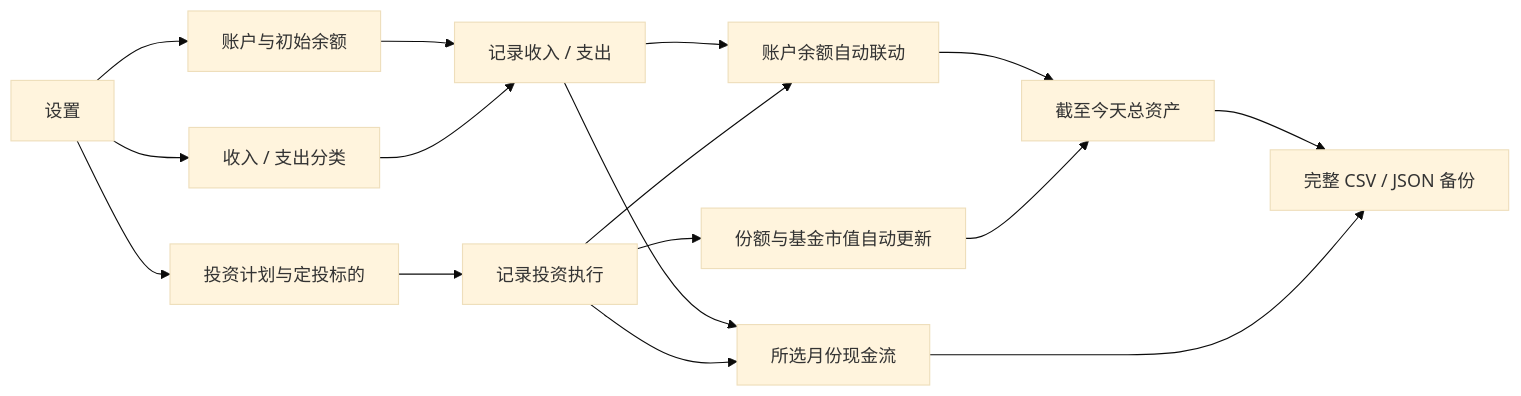
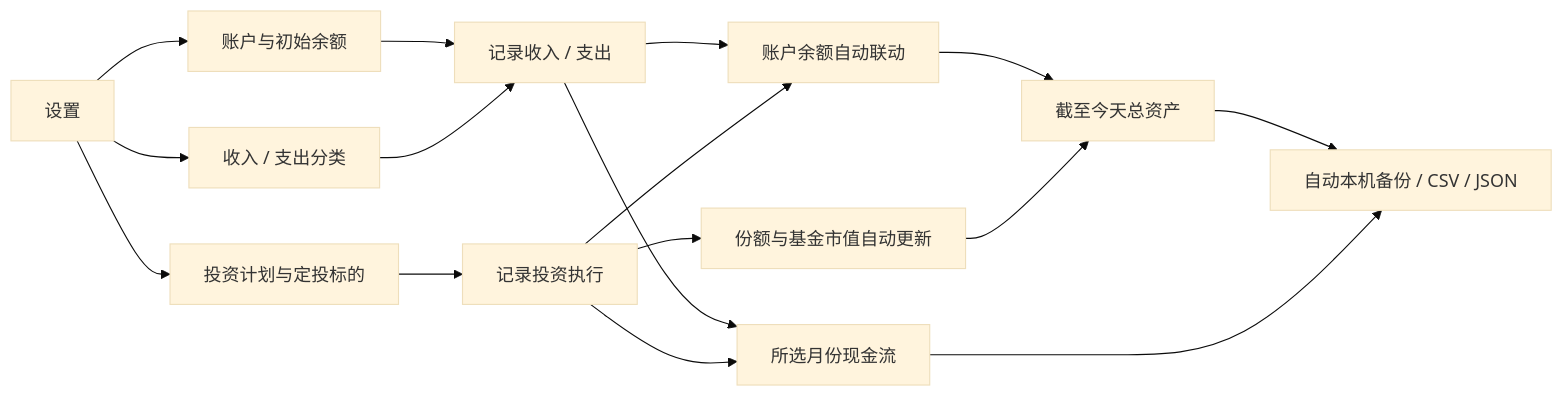
The diagram in README.md (guojiayu-ai/qiantu-huayuan), drawn with Mermaid (base theme) before and after one commit. The commit also changed other lines of this file and 5 other files, not shown here.

````diff
--- a/README.md
+++ b/README.md
@@ -94,18 +94,18 @@
 ```mermaid
 flowchart LR
   S[设置] --> A[账户与初始余额]
   S --> C[投资计划与定投标的]
   S --> K[收入 / 支出分类]
   A --> B[记录收入 / 支出]
   K --> B
   C --> D[记录投资执行]
   B --> E[账户余额自动联动]
   D --> E
   D --> F[份额与基金市值自动更新]
   E --> G[截至今天总资产]
   F --> G
   B --> H[所选月份现金流]
   D --> H
-  G --> I[完整 CSV / JSON 备份]
+  G --> I[自动本机备份 / CSV / JSON]
   H --> I
 ```
````
